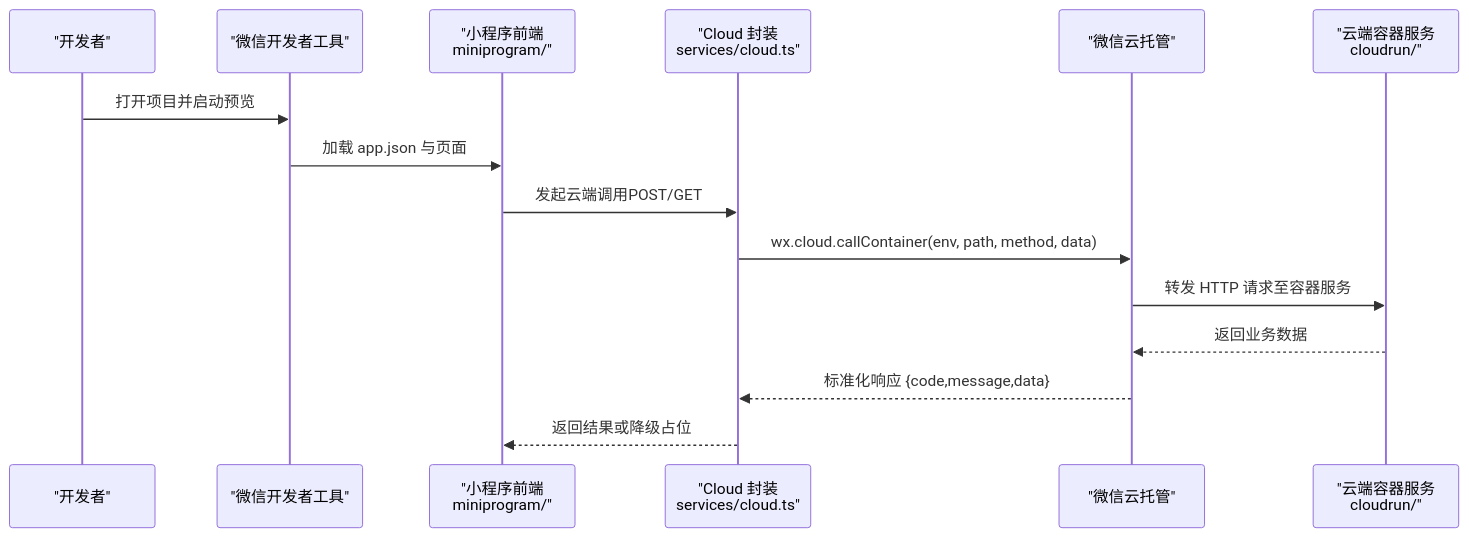
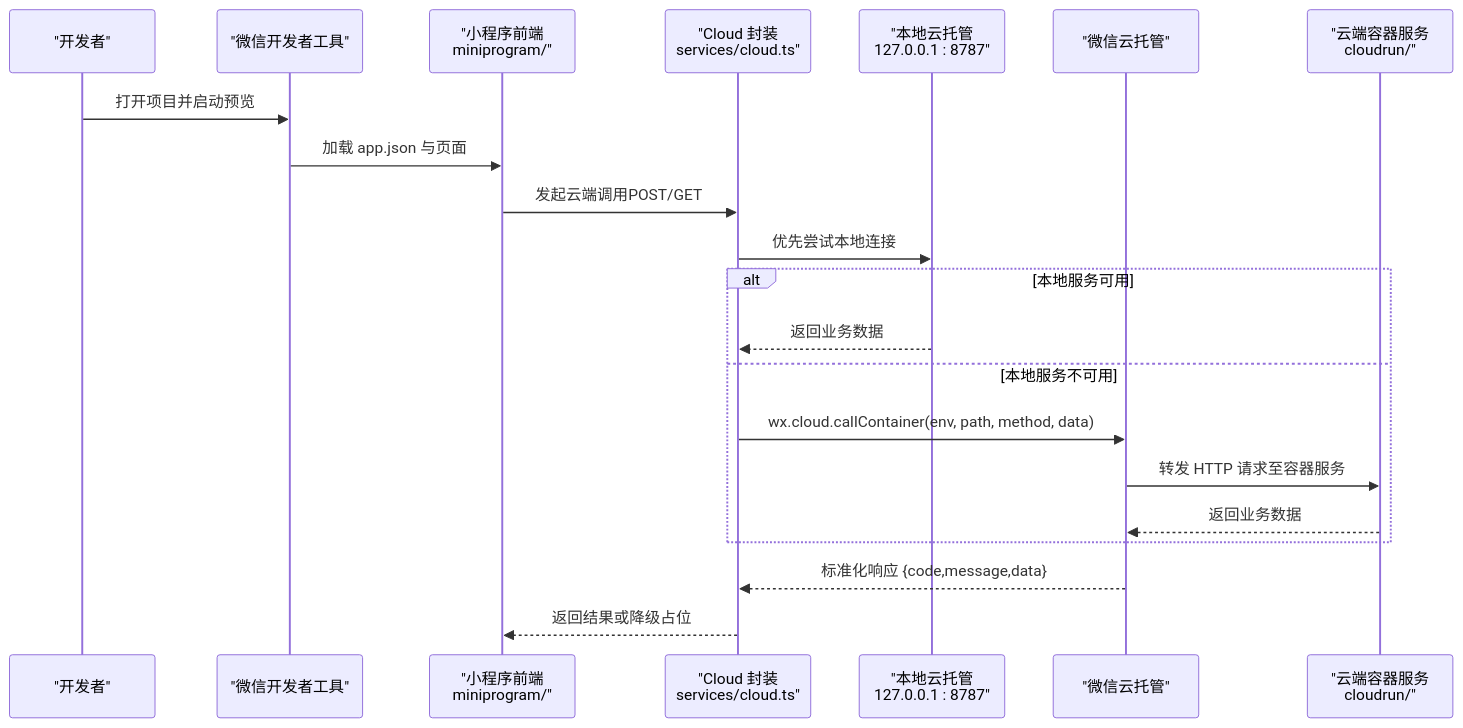
Before and after one commit to Ichi-Hackton/WAIC-WeChat-MiniProgram: the second of 6 diagrams in .qoder/repowiki/zh/content/开发指南/环境搭建.md, drawn with Mermaid. The commit also changed other lines of this file and 33 other files, not shown here.

````diff
--- a/.qoder/repowiki/zh/content/开发指南/环境搭建.md
+++ b/.qoder/repowiki/zh/content/开发指南/环境搭建.md
@@ -76,17 +92,23 @@
 ```mermaid
 sequenceDiagram
 participant Dev as "开发者"
 participant WX as "微信开发者工具"
 participant MP as "小程序前端<br/>miniprogram/"
 participant SVC as "Cloud 封装<br/>services/cloud.ts"
+participant LOCAL as "本地云托管<br/>127.0.0.1 : 8787"
 participant CLOUD as "微信云托管"
 participant CONT as "云端容器服务<br/>cloudrun/"
 Dev->>WX : 打开项目并启动预览
 WX->>MP : 加载 app.json 与页面
 MP->>SVC : 发起云端调用POST/GET
+SVC->>LOCAL : 优先尝试本地连接
+alt 本地服务可用
+LOCAL-->>SVC : 返回业务数据
+else 本地服务不可用
 SVC->>CLOUD : wx.cloud.callContainer(env, path, method, data)
 CLOUD->>CONT : 转发 HTTP 请求至容器服务
 CONT-->>CLOUD : 返回业务数据
+end
 CLOUD-->>SVC : 标准化响应 {code,message,data}
 SVC-->>MP : 返回结果或降级占位
 ```
````
